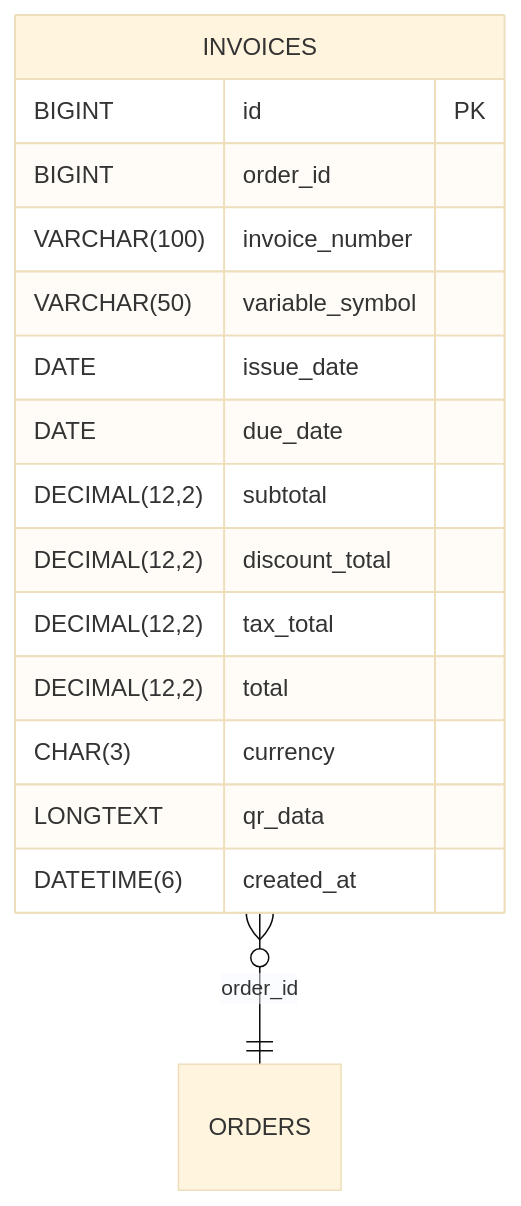
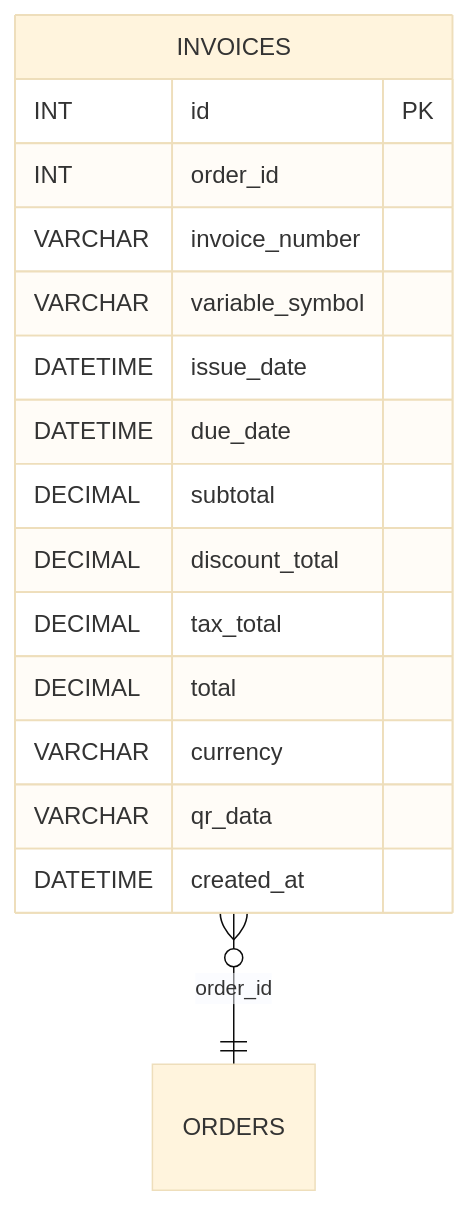
The diagram in README.md (blackcatdatabase/table-invoices), drawn with Mermaid (base theme) before and after one commit. The commit also changed other lines of this file, not shown here.

Commit message:
chore(schema): add/update generated schema + README (umbrella sync)

````diff
--- a/README.md
+++ b/README.md
@@ -57,19 +57,19 @@
 ```mermaid
 erDiagram
   INVOICES {
-    BIGINT id PK
-    BIGINT order_id
-    VARCHAR(100) invoice_number
-    VARCHAR(50) variable_symbol
-    DATE issue_date
-    DATE due_date
-    DECIMAL(12,2) subtotal
-    DECIMAL(12,2) discount_total
-    DECIMAL(12,2) tax_total
-    DECIMAL(12,2) total
-    CHAR(3) currency
-    LONGTEXT qr_data
-    DATETIME(6) created_at
+    INT id PK
+    INT order_id
+    VARCHAR invoice_number
+    VARCHAR variable_symbol
+    DATETIME issue_date
+    DATETIME due_date
+    DECIMAL subtotal
+    DECIMAL discount_total
+    DECIMAL tax_total
+    DECIMAL total
+    VARCHAR currency
+    VARCHAR qr_data
+    DATETIME created_at
   }
   INVOICES }o--|| ORDERS : "order_id"
 ```
````
